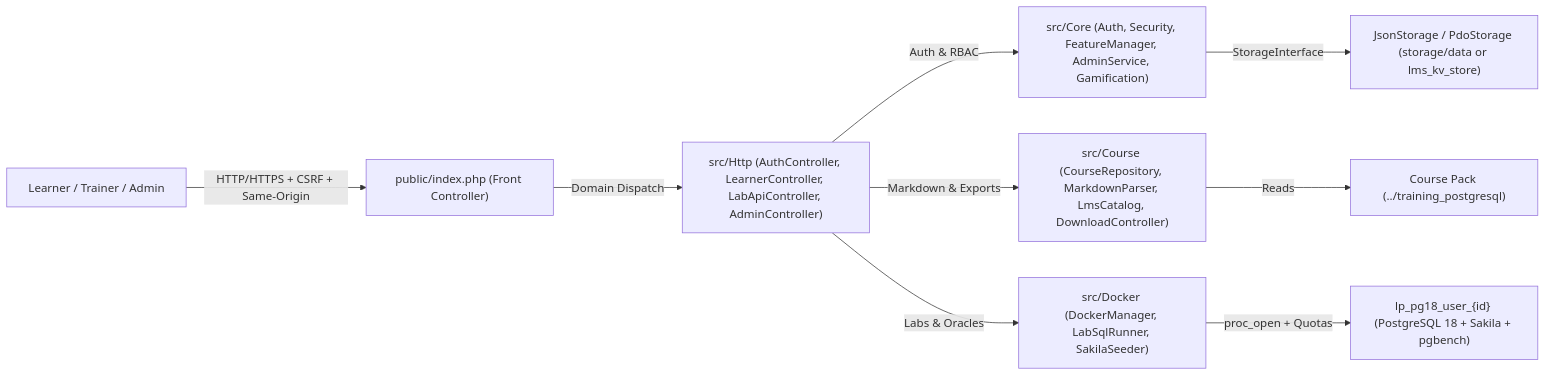
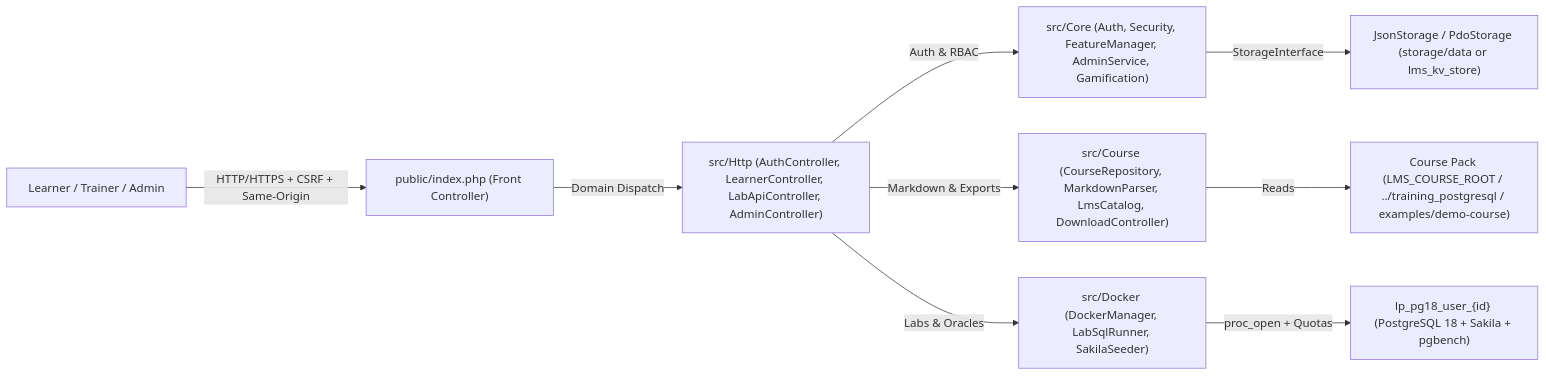
Before and after one commit to jmrenouard/lightpath-training-portal: the diagram in README.md, drawn with Mermaid. The commit also changed other lines of this file and 42 other files, not shown here.

Commit message:
feat: release v2.0.0 under MIT with standalone demo pack, CI, Docker, and auth hardening

````diff
--- a/README.md
+++ b/README.md
@@ -15,11 +18,11 @@
 ```mermaid
 flowchart LR
     Learner["Learner / Trainer / Admin"] -->|"HTTP/HTTPS + CSRF + Same-Origin"| Index["public/index.php (Front Controller)"]
     Index -->|"Domain Dispatch"| Http["src/Http (AuthController, LearnerController, LabApiController, AdminController)"]
     Http -->|"Auth & RBAC"| Core["src/Core (Auth, Security, FeatureManager, AdminService, Gamification)"]
     Http -->|"Markdown & Exports"| Course["src/Course (CourseRepository, MarkdownParser, LmsCatalog, DownloadController)"]
     Http -->|"Labs & Oracles"| Docker["src/Docker (DockerManager, LabSqlRunner, SakilaSeeder)"]
     Core -->|"StorageInterface"| Persistence["JsonStorage / PdoStorage (storage/data or lms_kv_store)"]
-    Course -->|"Reads"| Pack["Course Pack (../training_postgresql)"]
+    Course -->|"Reads"| Pack["Course Pack (LMS_COURSE_ROOT / ../training_postgresql / examples/demo-course)"]
     Docker -->|"proc_open + Quotas"| Pg["lp_pg18_user_{id} (PostgreSQL 18 + Sakila + pgbench)"]
 ```
````
